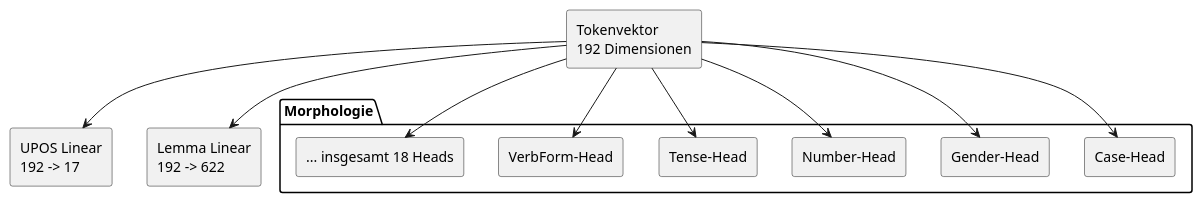
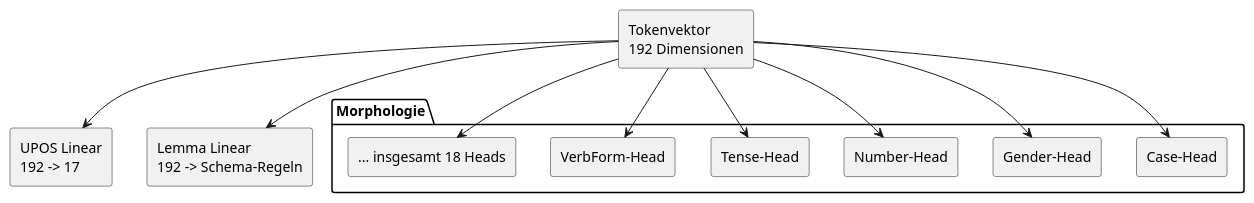
The fourth of 7 diagrams in docs/ARCHITECTURE.md (dmlux/Prism), drawn with PlantUML before and after one commit. The commit also changed other lines of this file and 33 other files, not shown here.

````diff
--- a/docs/ARCHITECTURE.md
+++ b/docs/ARCHITECTURE.md
@@ -578,29 +578,29 @@
 ```plantuml
 @startuml task-heads
 skinparam backgroundColor transparent
 skinparam shadowing false
 
 rectangle "Tokenvektor\n192 Dimensionen" as TokenVector
 
 rectangle "UPOS Linear\n192 -> 17" as Upos
-rectangle "Lemma Linear\n192 -> 622" as Lemma
+rectangle "Lemma Linear\n192 -> Schema-Regeln" as Lemma
 
 package "Morphologie" {
   rectangle "Case-Head" as Case
   rectangle "Gender-Head" as Gender
   rectangle "Number-Head" as Number
   rectangle "Tense-Head" as Tense
   rectangle "VerbForm-Head" as VerbForm
   rectangle "... insgesamt 18 Heads" as More
 }
 
 TokenVector --> Upos
 TokenVector --> Lemma
 TokenVector --> Case
 TokenVector --> Gender
 TokenVector --> Number
 TokenVector --> Tense
 TokenVector --> VerbForm
 TokenVector --> More
 @enduml
 ```
````
